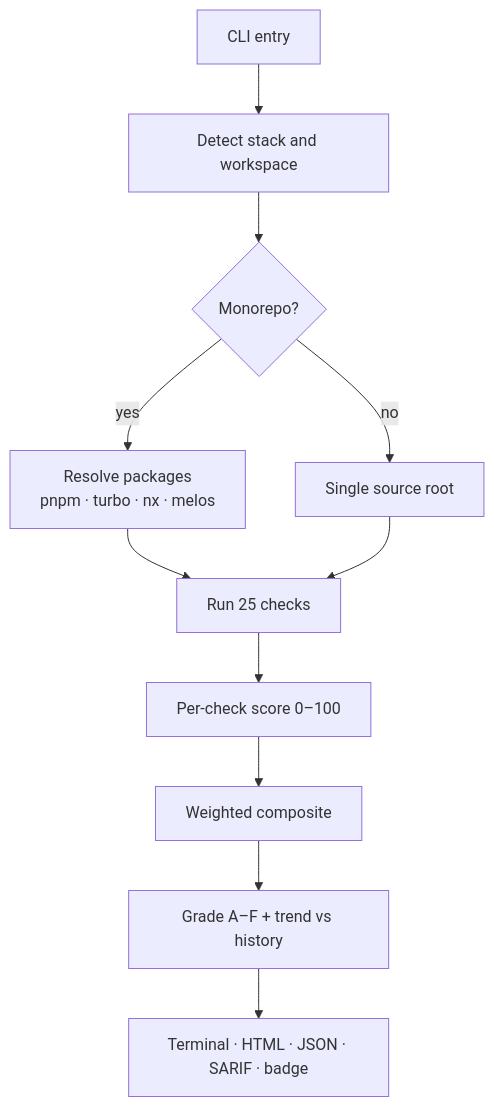
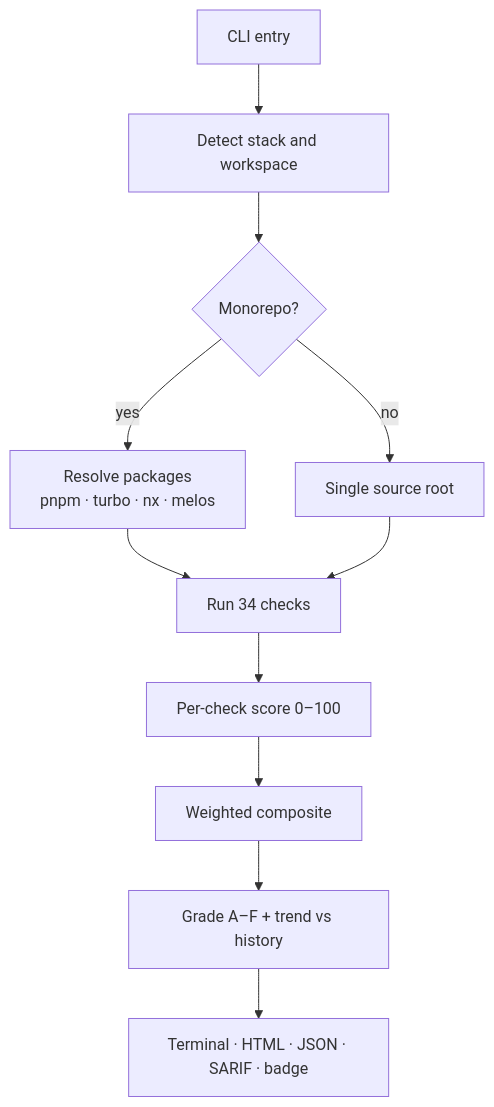
The first of 3 diagrams in docs/docs/architecture.md (vibecodeqa/vibecodeqa), drawn with Mermaid before and after one commit. The commit also changed 13 other files, not shown here.

````diff
--- a/docs/docs/architecture.md
+++ b/docs/docs/architecture.md
@@ -11,13 +11,13 @@
 ```mermaid
 flowchart TD
   A[CLI entry] --> B[Detect stack and workspace]
   B --> C{Monorepo?}
   C -->|yes| D[Resolve packages<br/>pnpm · turbo · nx · melos]
   C -->|no| E[Single source root]
-  D --> F[Run 25 checks]
+  D --> F[Run 34 checks]
   E --> F
   F --> G[Per-check score 0–100]
   G --> H[Weighted composite]
   H --> I[Grade A–F + trend vs history]
   I --> J[Terminal · HTML · JSON · SARIF · badge]
 ```
````
